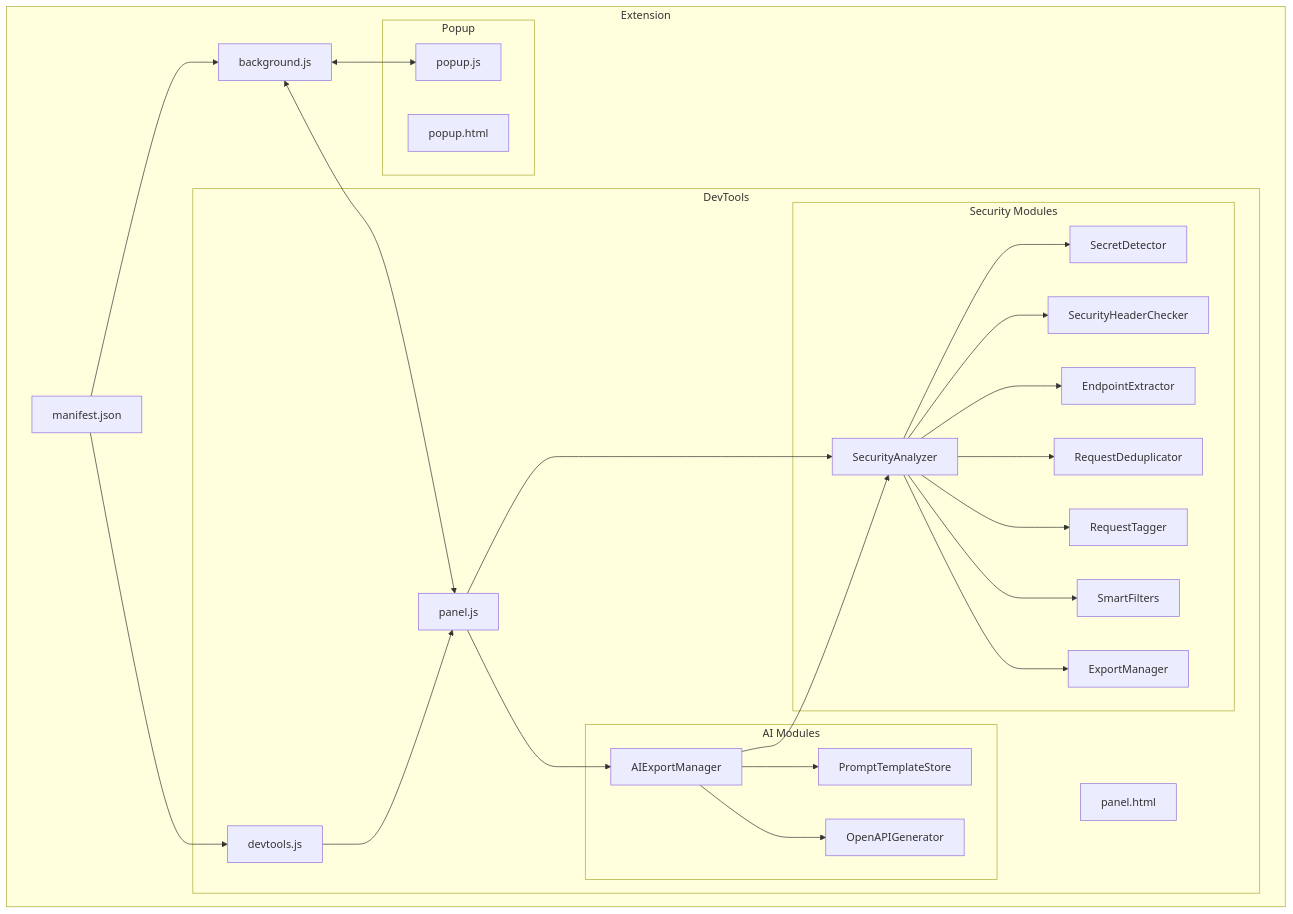
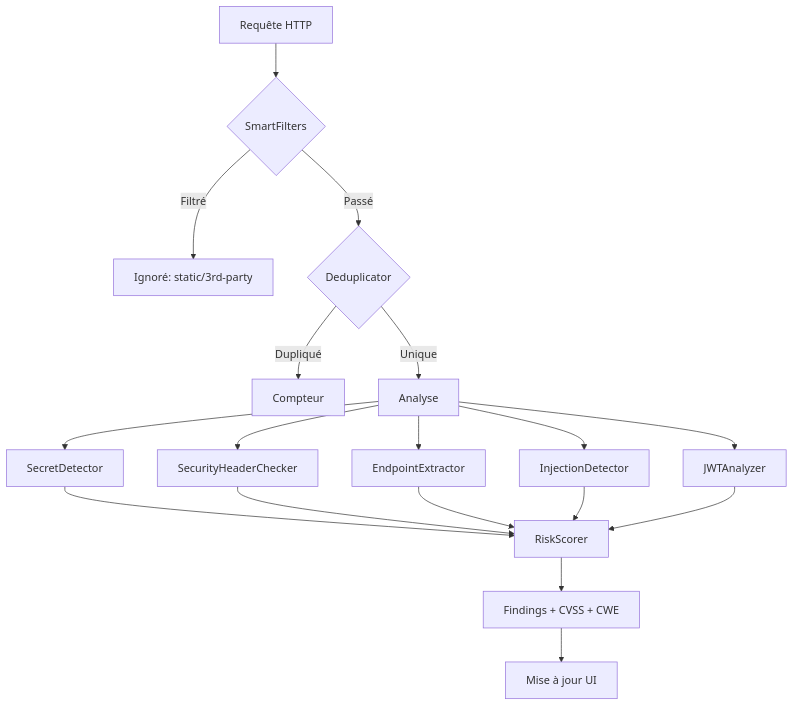
The second of 4 diagrams in README.md (venantvr-security/firefox-autohar-extension), drawn with Mermaid before and after one commit. The commit also changed other lines of this file and 2 other files, not shown here.

````diff
--- a/README.md
+++ b/README.md
@@ -129,53 +285,25 @@
 ```mermaid
-graph TB
-    subgraph Extension
-        M[manifest.json]
-        BG[background.js]
+flowchart TD
+    REQ[Requête HTTP] --> SF{SmartFilters}
 
-        subgraph DevTools
-            DT[devtools.js]
-            P[panel.js]
-            PH[panel.html]
+    SF -->|Filtré| SKIP[Ignoré: static/3rd-party]
+    SF -->|Passé| RD{Deduplicator}
 
-            subgraph Security Modules
-                SA[SecurityAnalyzer]
-                SD[SecretDetector]
-                SH[SecurityHeaderChecker]
-                EE[EndpointExtractor]
-                RD[RequestDeduplicator]
-                RT[RequestTagger]
-                SF[SmartFilters]
-                EM[ExportManager]
-            end
+    RD -->|Dupliqué| COUNT[Compteur]
+    RD -->|Unique| ANALYZE[Analyse]
 
-            subgraph AI Modules
-                AEM[AIExportManager]
-                PTS[PromptTemplateStore]
-                OAG[OpenAPIGenerator]
-            end
-        end
+    ANALYZE --> SD[SecretDetector]
+    ANALYZE --> SH[SecurityHeaderChecker]
+    ANALYZE --> EE[EndpointExtractor]
+    ANALYZE --> ID[InjectionDetector]
+    ANALYZE --> JA[JWTAnalyzer]
 
-        subgraph Popup
-            PP[popup.js]
-            PPH[popup.html]
-        end
-    end
+    SD --> RS[RiskScorer]
+    SH --> RS
+    EE --> RS
+    ID --> RS
+    JA --> RS
 
-    M --> BG
-    M --> DT
-    DT --> P
-    P --> SA
-    SA --> SD
-    SA --> SH
-    SA --> EE
-    SA --> RD
-    SA --> RT
-    SA --> SF
-    SA --> EM
-    P --> AEM
-    AEM --> PTS
-    AEM --> OAG
-    AEM --> SA
-    BG <--> P
-    BG <--> PP
+    RS --> STORE[Findings + CVSS + CWE]
+    STORE --> UI[Mise à jour UI]
 ```
````
